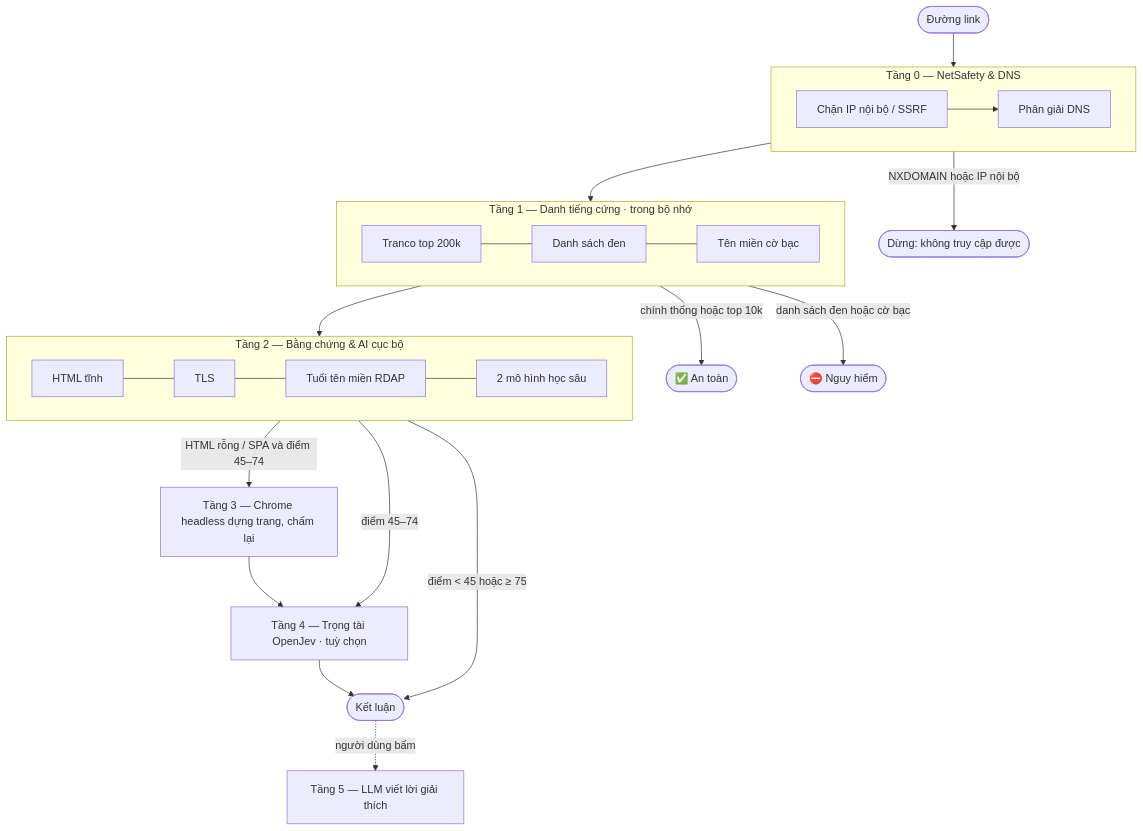
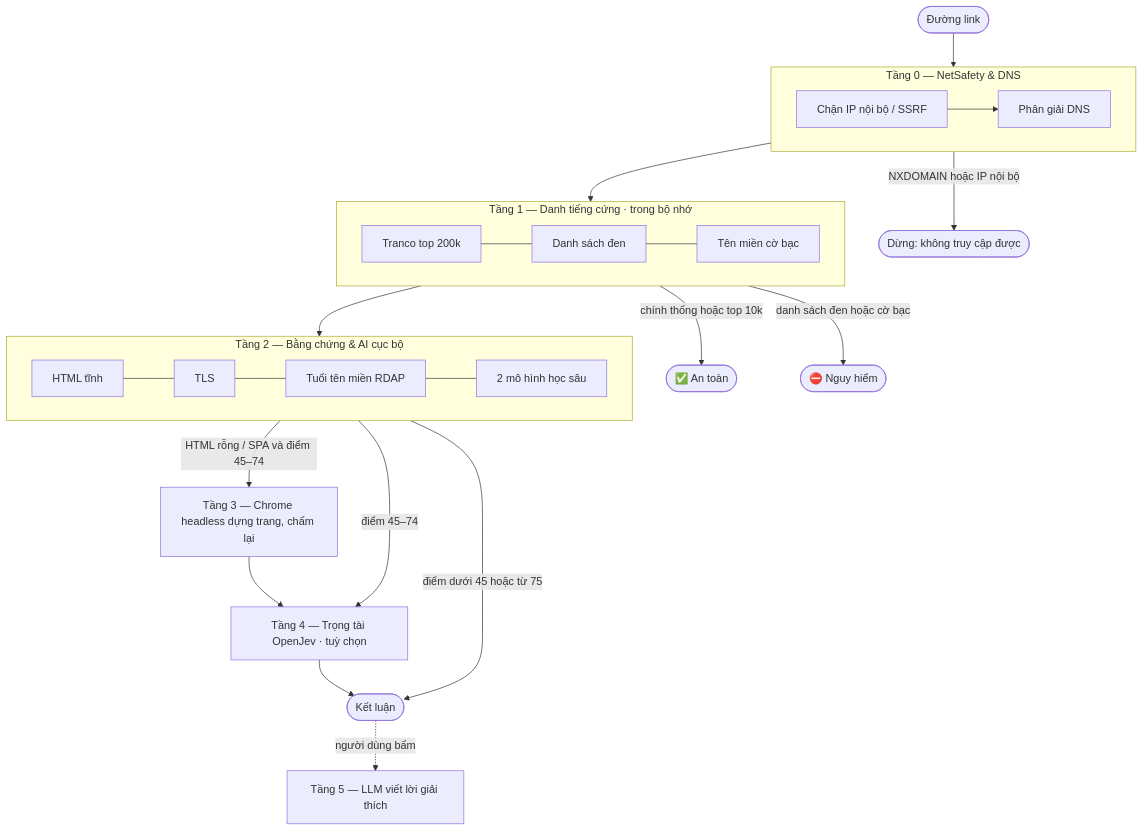
The diagram in docs/KIEN-TRUC.md (Zzeronite1/VerityTrust-XAI-Website), drawn with Mermaid before and after one commit. The commit also changed 1 other file, not shown here.

Commit message:
docs: avoid HTML entities in Mermaid edge labels

````diff
--- a/docs/KIEN-TRUC.md
+++ b/docs/KIEN-TRUC.md
@@ -9,27 +9,27 @@
 ```mermaid
 flowchart TD
     IN([Đường link]) --> T0
     subgraph T0 [Tầng 0 — NetSafety & DNS]
       direction LR
       a0[Chặn IP nội bộ / SSRF] --> b0[Phân giải DNS]
     end
     T0 -->|NXDOMAIN hoặc IP nội bộ| E0([Dừng: không truy cập được])
     T0 --> T1
     subgraph T1 [Tầng 1 — Danh tiếng cứng · trong bộ nhớ]
       direction LR
       a1[Tranco top 200k] --- b1[Danh sách đen] --- c1[Tên miền cờ bạc]
     end
     T1 -->|chính thống hoặc top 10k| SAFE([✅ An toàn])
     T1 -->|danh sách đen hoặc cờ bạc| DANGER([⛔ Nguy hiểm])
     T1 --> T2
     subgraph T2 [Tầng 2 — Bằng chứng & AI cục bộ]
       direction LR
       a2[HTML tĩnh] --- b2[TLS] --- c2[Tuổi tên miền RDAP] --- d2[2 mô hình học sâu]
     end
-    T2 -->|điểm < 45 hoặc ≥ 75| OUT([Kết luận])
+    T2 -->|điểm dưới 45 hoặc từ 75| OUT([Kết luận])
     T2 -->|HTML rỗng / SPA và điểm 45–74| T3[Tầng 3 — Chrome headless dựng trang, chấm lại]
     T2 -->|điểm 45–74| T4
     T3 --> T4[Tầng 4 — Trọng tài OpenJev · tuỳ chọn]
     T4 --> OUT
     OUT -. người dùng bấm .-> T5[Tầng 5 — LLM viết lời giải thích]
 ```
````
